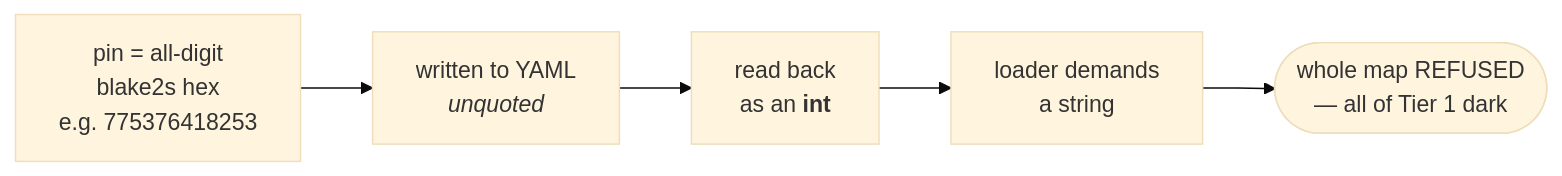
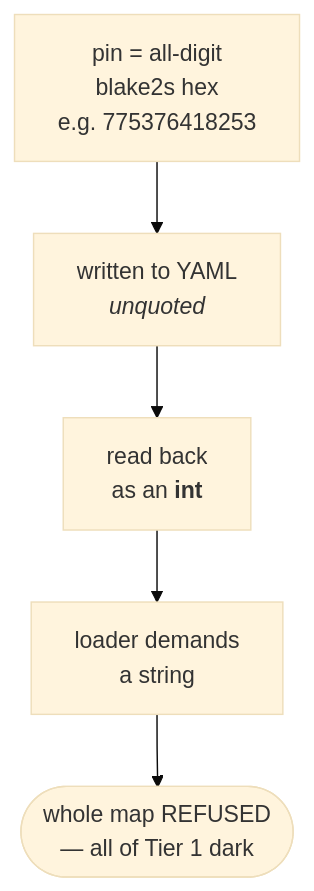
The diagram in docs/concepts/self-hosting.md (clintecker/celebrimbor), drawn with Mermaid (base theme) before and after one commit. The commit also changed 11 other files, not shown here.

````diff
--- a/docs/concepts/self-hosting.md
+++ b/docs/concepts/self-hosting.md
@@ -47,7 +47,7 @@
 ```mermaid
-flowchart LR
+flowchart TD
     A["pin = all-digit<br/>blake2s hex<br/>e.g. 775376418253"] --> B["written to YAML<br/><em>unquoted</em>"]
     B --> C["read back<br/>as an <b>int</b>"]
     C --> D["loader demands<br/>a string"]
     D --> E(["whole map REFUSED<br/>— all of Tier 1 dark"])
 ```
````
